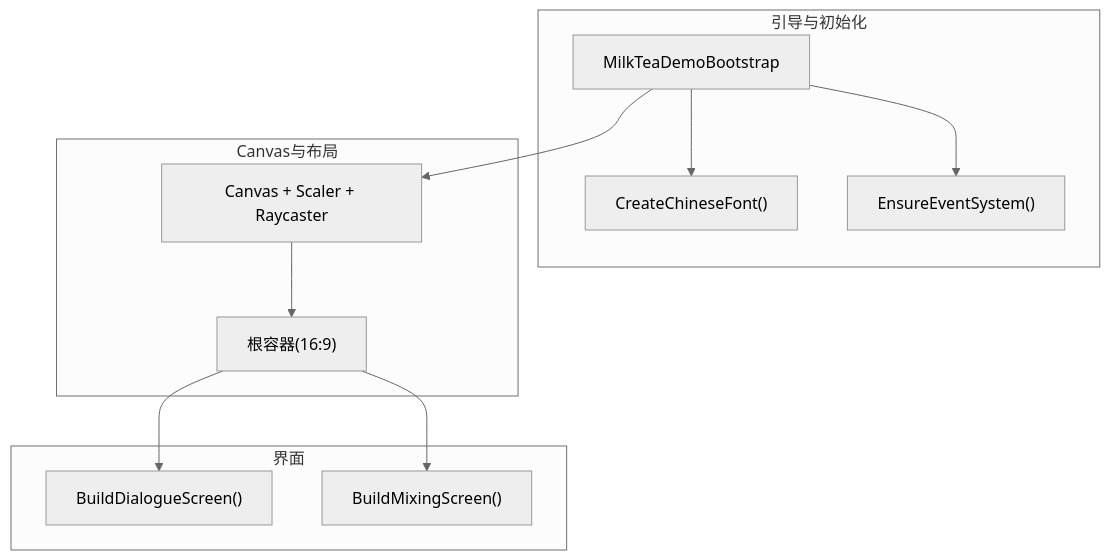
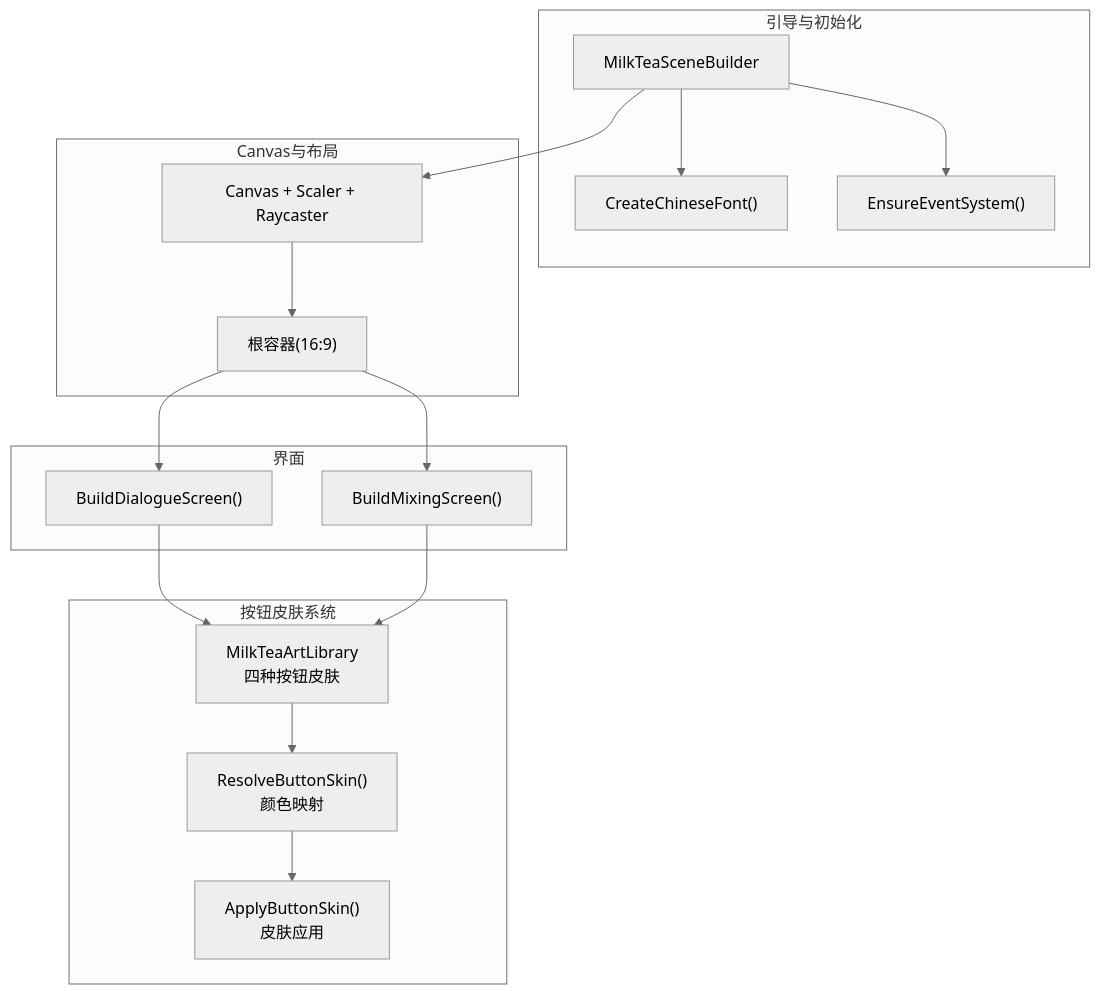
Before and after one commit to Thanatos42/-demo: the second of 6 diagrams in .qoder/repowiki/zh/content/核心系统详解/UI系统架构.md, drawn with Mermaid (neutral theme). The commit also changed other lines of this file and 56 other files, not shown here.

````diff
--- a/.qoder/repowiki/zh/content/核心系统详解/UI系统架构.md
+++ b/.qoder/repowiki/zh/content/核心系统详解/UI系统架构.md
@@ -83,22 +96,31 @@
 ```mermaid
 graph TB
 subgraph "引导与初始化"
-Boot["MilkTeaDemoBootstrap"]
+Boot["MilkTeaSceneBuilder"]
 Font["CreateChineseFont()"]
 Event["EnsureEventSystem()"]
 end
 subgraph "Canvas与布局"
 Canvas["Canvas + Scaler + Raycaster"]
 Root["根容器(16:9)"]
 end
 subgraph "界面"
 Dialogue["BuildDialogueScreen()"]
 Mixing["BuildMixingScreen()"]
 end
+subgraph "按钮皮肤系统"
+SkinLib["MilkTeaArtLibrary<br/>四种按钮皮肤"]
+SkinMap["ResolveButtonSkin()<br/>颜色映射"]
+SkinApply["ApplyButtonSkin()<br/>皮肤应用"]
+end
 Boot --> Font
 Boot --> Event
 Boot --> Canvas
 Canvas --> Root
 Root --> Dialogue
 Root --> Mixing
+Dialogue --> SkinLib
+Mixing --> SkinLib
+SkinLib --> SkinMap
+SkinMap --> SkinApply
 ```
````
